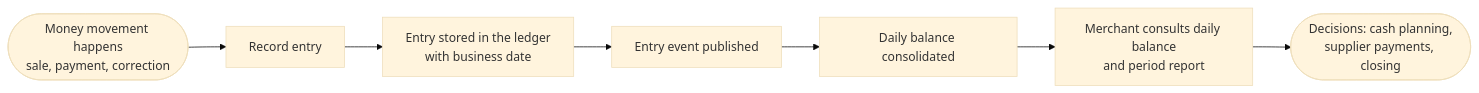
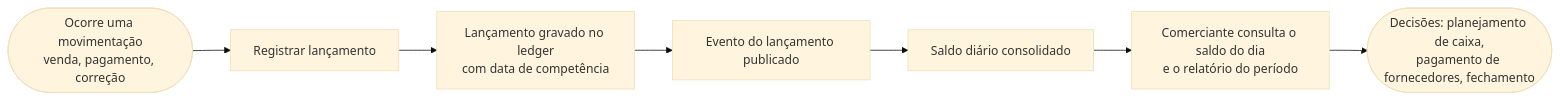
One commit to joaorizzont/cash-flow-test changed the first of 3 diagrams in docs/01-business-domains-and-capabilities.md. Above: the diagram before and after it, drawn with Mermaid (base theme). The commit also changed other lines of this file and 23 other files, not shown here.

First line of the commit message:
docs: translate architecture documentation to portuguese

````diff
--- a/docs/01-business-domains-and-capabilities.md
+++ b/docs/01-business-domains-and-capabilities.md
@@ -26,9 +26,9 @@
 ```mermaid
 flowchart LR
-  A([Money movement happens<br/>sale, payment, correction]) --> B[Record entry]
-  B --> C[Entry stored in the ledger<br/>with business date]
-  C --> D[Entry event published]
-  D --> E[Daily balance consolidated]
-  E --> F[Merchant consults daily balance<br/>and period report]
-  F --> G([Decisions: cash planning,<br/>supplier payments, closing])
+  A([Ocorre uma movimentação<br/>venda, pagamento, correção]) --> B[Registrar lançamento]
+  B --> C[Lançamento gravado no ledger<br/>com data de competência]
+  C --> D[Evento do lançamento publicado]
+  D --> E[Saldo diário consolidado]
+  E --> F[Comerciante consulta o saldo do dia<br/>e o relatório do período]
+  F --> G([Decisões: planejamento de caixa,<br/>pagamento de fornecedores, fechamento])
 ```
````
